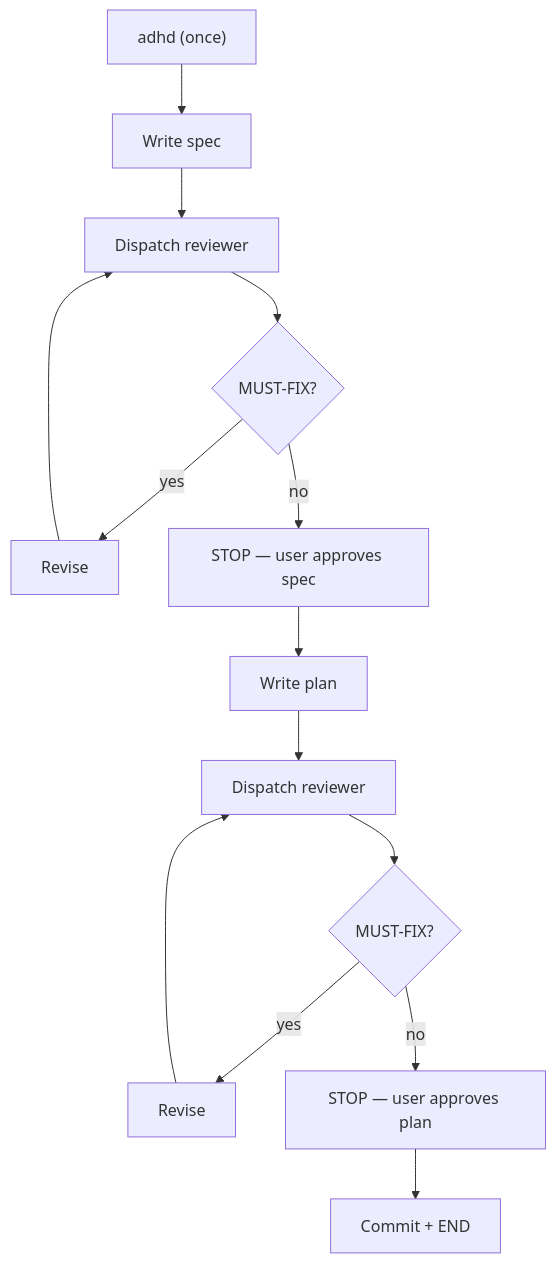
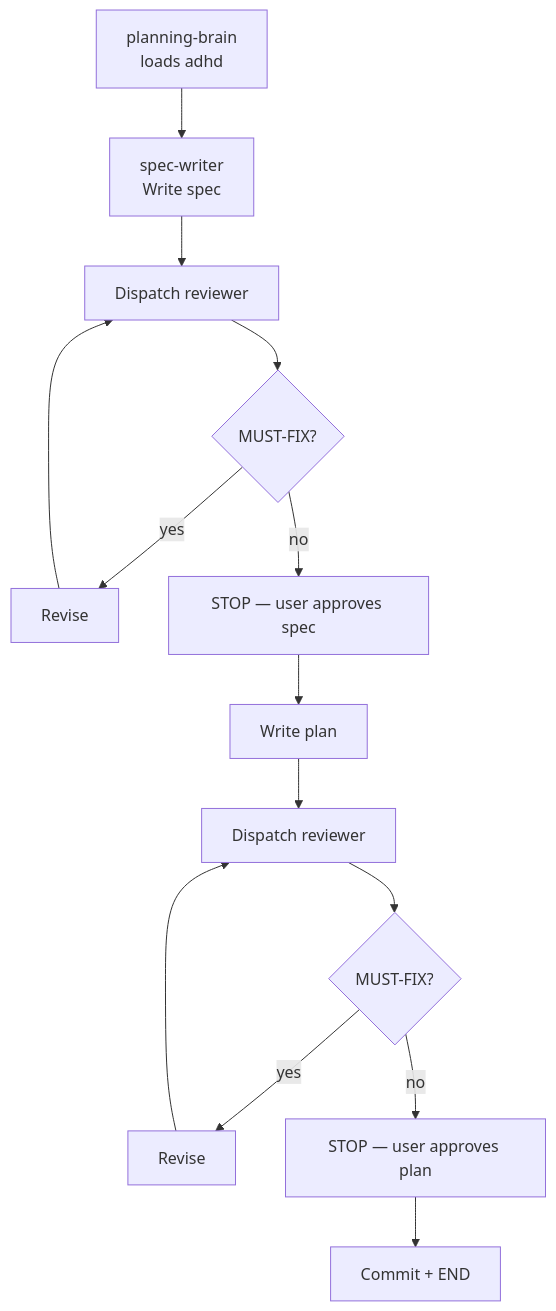
One commit to bperin/project-context changed the second of 3 diagrams in src/workflows/overview.md. Above: the diagram before and after it, drawn with Mermaid. The commit also changed other lines of this file and 2 other files, not shown here.

First line of the commit message:
fix: remove stale adhd/code-optimizer refs from templates and overview

````diff
--- a/src/workflows/overview.md
+++ b/src/workflows/overview.md
@@ -21,14 +21,14 @@
 ```mermaid
 flowchart TD
-    ADHD["adhd (once)"] --> WRITESPEC["Write spec"]
+    ADHD["planning-brain<br/>loads adhd"] --> WRITESPEC["spec-writer<br/>Write spec"]
     WRITESPEC --> REV1["Dispatch reviewer"]
     REV1 --> FIX1{"MUST-FIX?"}
     FIX1 -->|yes| REVISE1["Revise"] --> REV1
     FIX1 -->|no| GATE1["STOP — user approves spec"]
     GATE1 --> WRITEPLAN["Write plan"]
     WRITEPLAN --> REV2["Dispatch reviewer"]
     REV2 --> FIX2{"MUST-FIX?"}
     FIX2 -->|yes| REVISE2["Revise"] --> REV2
     FIX2 -->|no| GATE2["STOP — user approves plan"]
     GATE2 --> COMMIT["Commit + END"]
 ```
````
